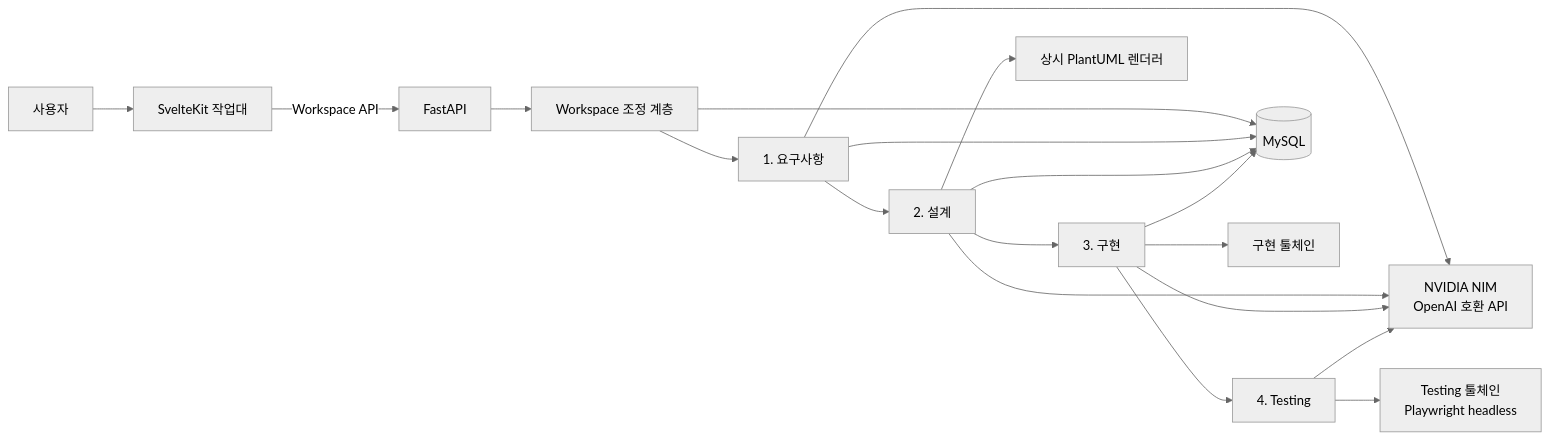
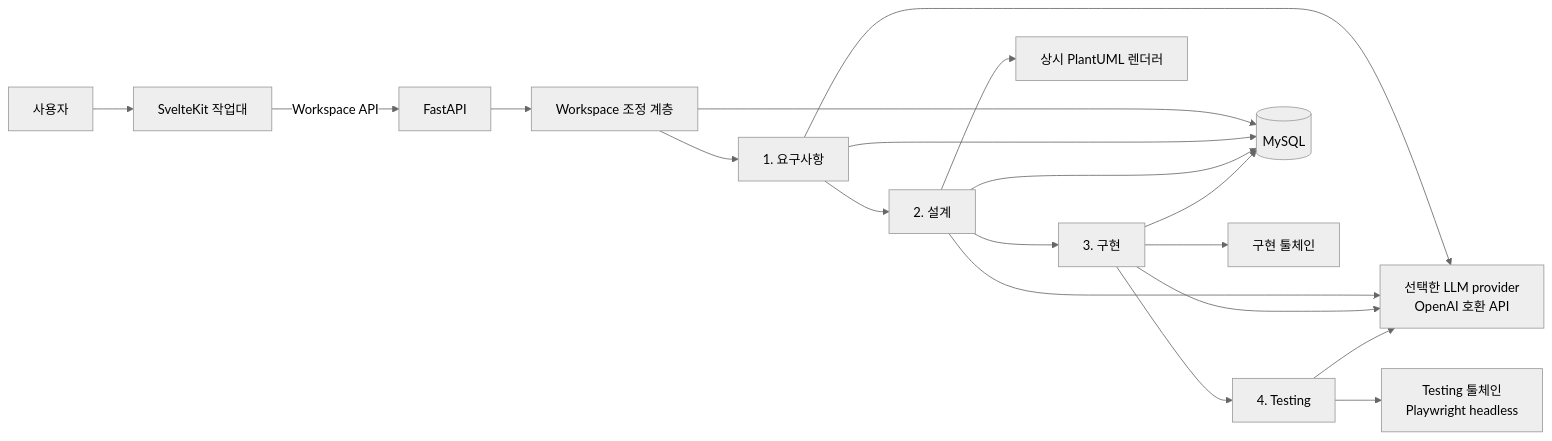
Before and after one commit to PNU-capstone-2026-17/easydep: the first of 2 diagrams in docs/current-system-status.md, drawn with Mermaid (neutral theme). The commit also changed other lines of this file and 24 other files, not shown here.

Commit message:
refactor: unify llm provider configuration

````diff
--- a/docs/current-system-status.md
+++ b/docs/current-system-status.md
@@ -18,25 +18,25 @@
 ```mermaid
 flowchart LR
     U[사용자] --> UI[SvelteKit 작업대]
     UI -->|Workspace API| API[FastAPI]
     API --> W[Workspace 조정 계층]
 
     W --> R[1. 요구사항]
     R --> D[2. 설계]
     D --> I[3. 구현]
     I --> T[4. Testing]
 
-    R --> LLM[NVIDIA NIM<br/>OpenAI 호환 API]
+    R --> LLM[선택한 LLM provider<br/>OpenAI 호환 API]
     D --> LLM
     I --> LLM
     T --> LLM
 
     W --> DB[(MySQL)]
     R --> DB
     D --> DB
     I --> DB
 
     D --> PUML[상시 PlantUML 렌더러]
     I --> TOOL[구현 툴체인]
     T --> BROWSER[Testing 툴체인<br/>Playwright headless]
 ```
````
